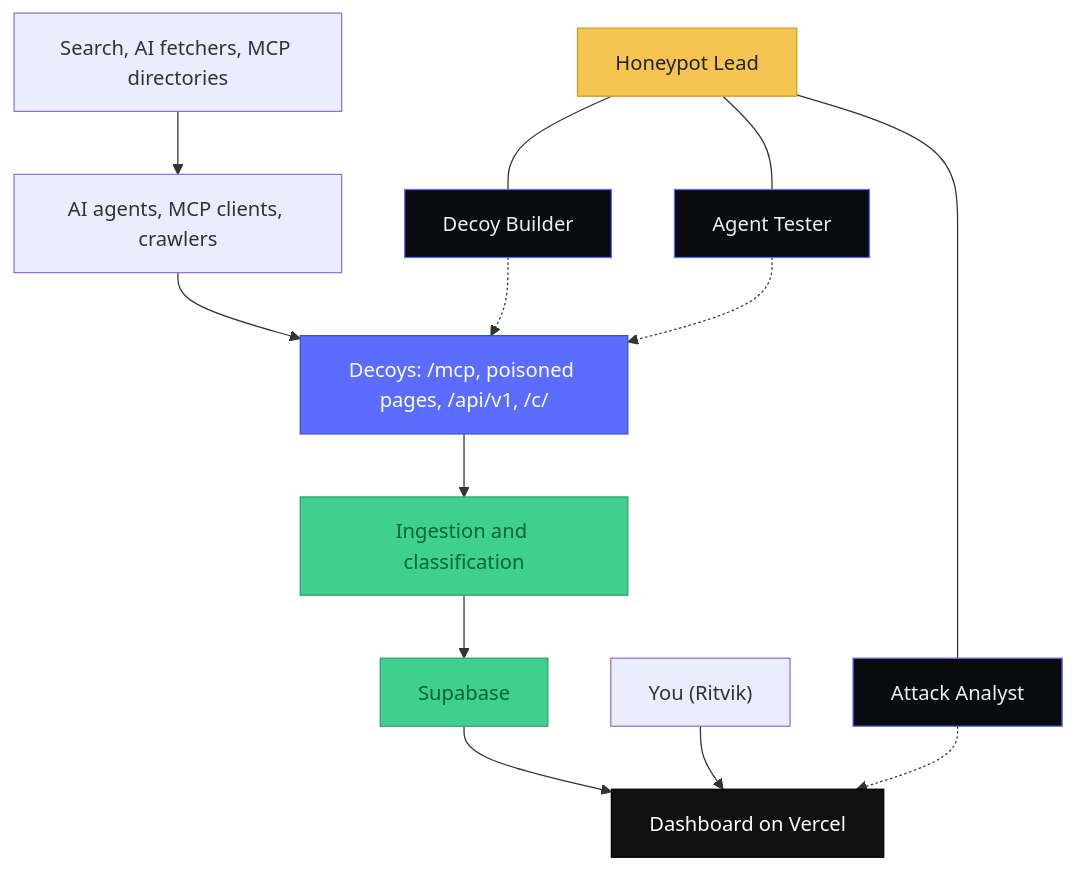
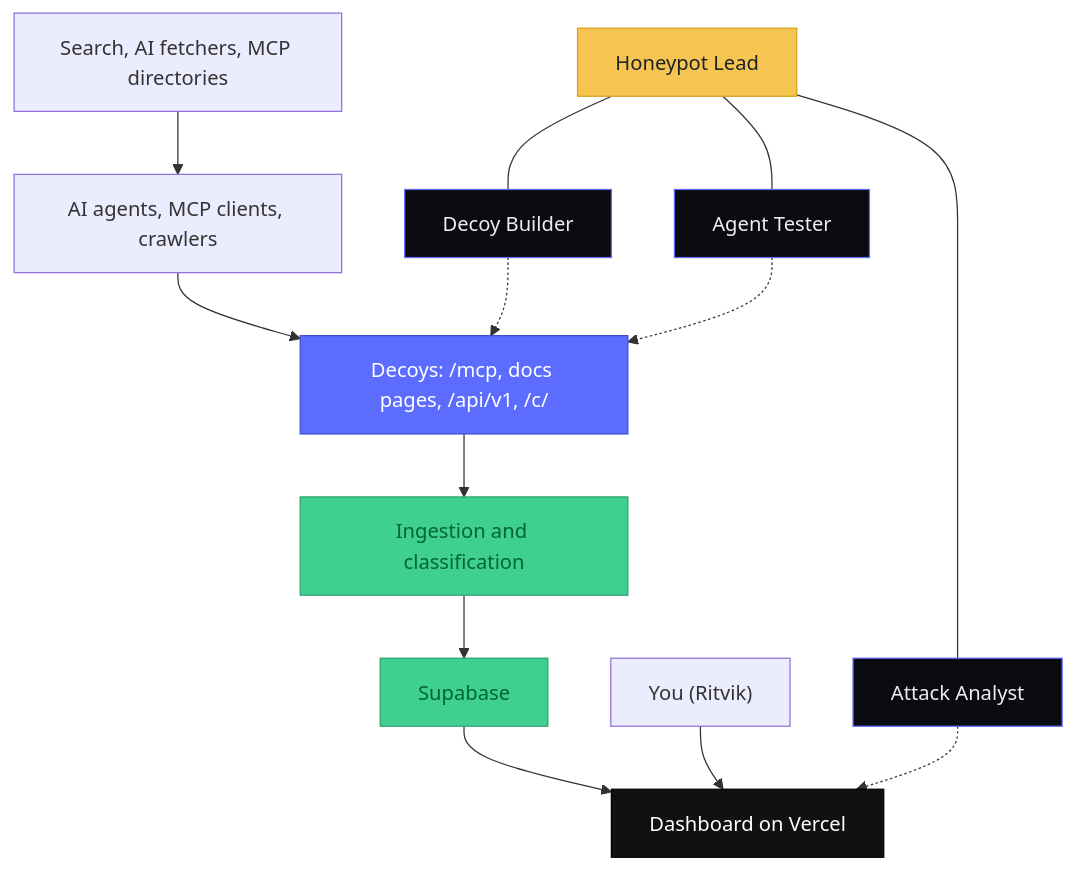
One commit to ritvikindupuri/AgentPot changed the diagram in README.md. Above: the diagram before and after it, drawn with Mermaid. The commit also changed other lines of this file and 7 other files, not shown here.

````diff
--- a/README.md
+++ b/README.md
@@ -53,27 +53,27 @@
 ```mermaid
 flowchart TD
   Src["Search, AI fetchers, MCP directories"] --> A["AI agents, MCP clients, crawlers"]
-  A --> D["Decoys: /mcp, poisoned pages, /api/v1, /c/<token>"]
+  A --> D["Decoys: /mcp, docs pages, /api/v1, /c/<token>"]
   D --> C["Ingestion and classification"]
   C --> S["Supabase"]
   S --> V["Dashboard on Vercel"]
   You["You (Ritvik)"] --> V
 
   L["Honeypot Lead"] --- B["Decoy Builder"]
   L --- N["Attack Analyst"]
   L --- X["Agent Tester"]
   B -.-> D
   N -.-> V
   X -.-> D
 
   classDef lead fill:#F5C451,color:#1F2328,stroke:#D4A017
   classDef decoy fill:#5B6CFF,color:#fff,stroke:#3D4ED1
   classDef store fill:#3FCF8E,color:#063,stroke:#2EA16F
   classDef ui fill:#111,color:#fff,stroke:#000
   classDef spec fill:#0A0B0E,color:#EDEEF0,stroke:#5B6CFF
   class L lead
   class D decoy
   class C,S store
   class V ui
   class B,N,X spec
 ```
````
